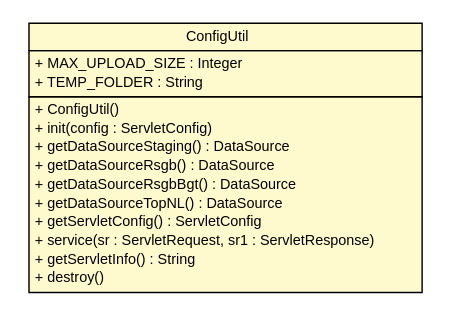
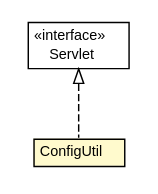
One commit to B3Partners/brmo changed the diagram in brmo-init-util/apidocs/nl/b3p/brmo/service/util/ConfigUtil.dot. Above: the diagram before and after it, drawn with Graphviz. The commit also changed 49 other files, not shown here.

```diff
--- a/brmo-init-util/apidocs/nl/b3p/brmo/service/util/ConfigUtil.dot
+++ b/brmo-init-util/apidocs/nl/b3p/brmo/service/util/ConfigUtil.dot
@@ -1,34 +1,27 @@
 #!/usr/local/bin/dot
 #
 # Class diagram 
 # Generated by UMLGraph version R5_6-24-gf6e263 (http://www.umlgraph.org/)
 #
 
 digraph G {
 	edge [fontname="Helvetica",fontsize=10,labelfontname="Helvetica",labelfontsize=10];
 	node [fontname="Helvetica",fontsize=10,shape=plaintext];
 	nodesep=0.25;
 	ranksep=0.5;
 	// nl.b3p.brmo.service.util.ConfigUtil
 	c5 [label=<<table title="nl.b3p.brmo.service.util.ConfigUtil" border="0" cellborder="1" cellspacing="0" cellpadding="2" port="p" bgcolor="lemonChiffon" href="./ConfigUtil.html">
 		<tr><td><table border="0" cellspacing="0" cellpadding="1">
 <tr><td align="center" balign="center"> ConfigUtil </td></tr>
 		</table></td></tr>
+		</table>>, URL="./ConfigUtil.html", fontname="Helvetica", fontcolor="black", fontsize=10.0];
+	//nl.b3p.brmo.service.util.ConfigUtil implements javax.servlet.Servlet
+	c10:p -> c5:p [dir=back,arrowtail=empty,style=dashed];
+	// javax.servlet.Servlet
+	c10 [label=<<table title="javax.servlet.Servlet" border="0" cellborder="1" cellspacing="0" cellpadding="2" port="p">
 		<tr><td><table border="0" cellspacing="0" cellpadding="1">
-<tr><td align="left" balign="left"> + MAX_UPLOAD_SIZE : Integer </td></tr>
-<tr><td align="left" balign="left"> + TEMP_FOLDER : String </td></tr>
+<tr><td align="center" balign="center"> &#171;interface&#187; </td></tr>
+<tr><td align="center" balign="center"> Servlet </td></tr>
 		</table></td></tr>
-		<tr><td><table border="0" cellspacing="0" cellpadding="1">
-<tr><td align="left" balign="left"> + ConfigUtil() </td></tr>
-<tr><td align="left" balign="left"> + init(config : ServletConfig) </td></tr>
-<tr><td align="left" balign="left"> + getDataSourceStaging() : DataSource </td></tr>
-<tr><td align="left" balign="left"> + getDataSourceRsgb() : DataSource </td></tr>
-<tr><td align="left" balign="left"> + getDataSourceRsgbBgt() : DataSource </td></tr>
-<tr><td align="left" balign="left"> + getDataSourceTopNL() : DataSource </td></tr>
-<tr><td align="left" balign="left"> + getServletConfig() : ServletConfig </td></tr>
-<tr><td align="left" balign="left"> + service(sr : ServletRequest, sr1 : ServletResponse) </td></tr>
-<tr><td align="left" balign="left"> + getServletInfo() : String </td></tr>
-<tr><td align="left" balign="left"> + destroy() </td></tr>
-		</table></td></tr>
-		</table>>, URL="./ConfigUtil.html", fontname="Helvetica", fontcolor="black", fontsize=10.0];
+		</table>>, URL="null", fontname="Helvetica", fontcolor="black", fontsize=10.0];
 }
```
